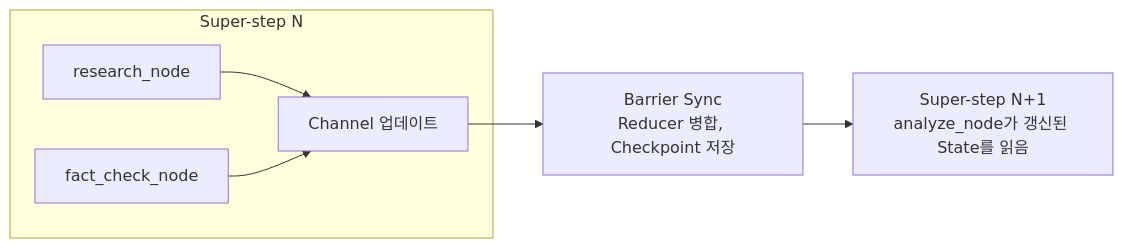
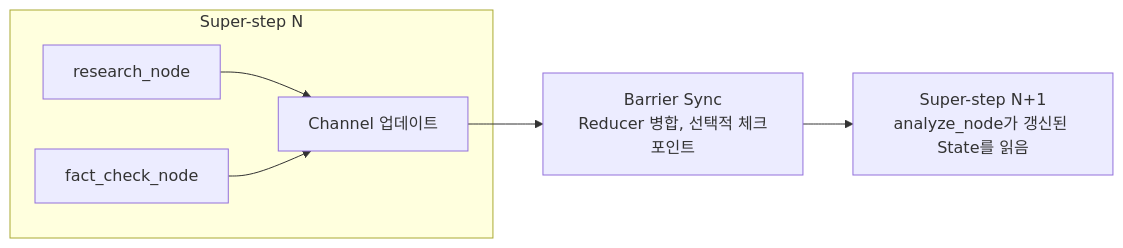
Before and after one commit to kukjun/blog: the diagram in src/content/blog/ko/langgraph-pregel.md, drawn with Mermaid. The commit also changed other lines of this file and 32 other files, not shown here.

````diff
--- a/src/content/blog/ko/langgraph-pregel.md
+++ b/src/content/blog/ko/langgraph-pregel.md
@@ -147,9 +147,9 @@
 ```mermaid
 flowchart LR
   subgraph s1["Super-step N"]
     A1["research_node"] --> CH["Channel 업데이트"]
     B1["fact_check_node"] --> CH
   end
-  CH --> BAR["Barrier Sync<br/>Reducer 병합, Checkpoint 저장"]
+  CH --> BAR["Barrier Sync<br/>Reducer 병합, 선택적 체크포인트"]
   BAR --> s2["Super-step N+1<br/>analyze_node가 갱신된 State를 읽음"]
 ```
````
